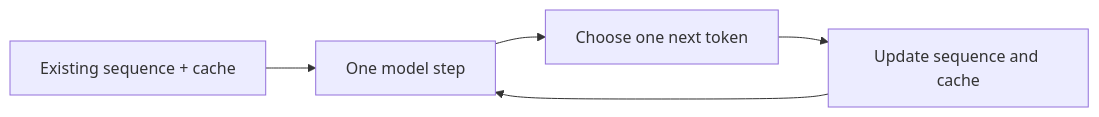
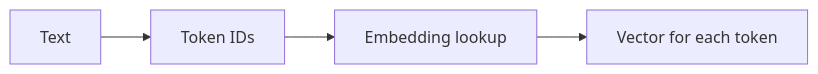
Diagram 20 of 26 in curriculum/phase-01-gpu-inference-foundations/modules/01-gpu-architecture/lessons/01-computing-and-parallelism-foundations.md (iqbalk89/Inference-Performance-Lab), drawn with Mermaid before and after one commit. The commit also changed other lines of this file and 1 other file, not shown here.

````diff
--- a/curriculum/phase-01-gpu-inference-foundations/modules/01-gpu-architecture/lessons/01-computing-and-parallelism-foundations.md
+++ b/curriculum/phase-01-gpu-inference-foundations/modules/01-gpu-architecture/lessons/01-computing-and-parallelism-foundations.md
@@ -295,7 +1306,6 @@
 ```mermaid
 flowchart LR
-    S[Existing sequence + cache] --> F[One model step]
-    F --> N[Choose one next token]
-    N --> U[Update sequence and cache]
-    U --> F
+    T[Text] --> IDS[Token IDs]
+    IDS --> E[Embedding lookup]
+    E --> V[Vector for each token]
 ```
````
